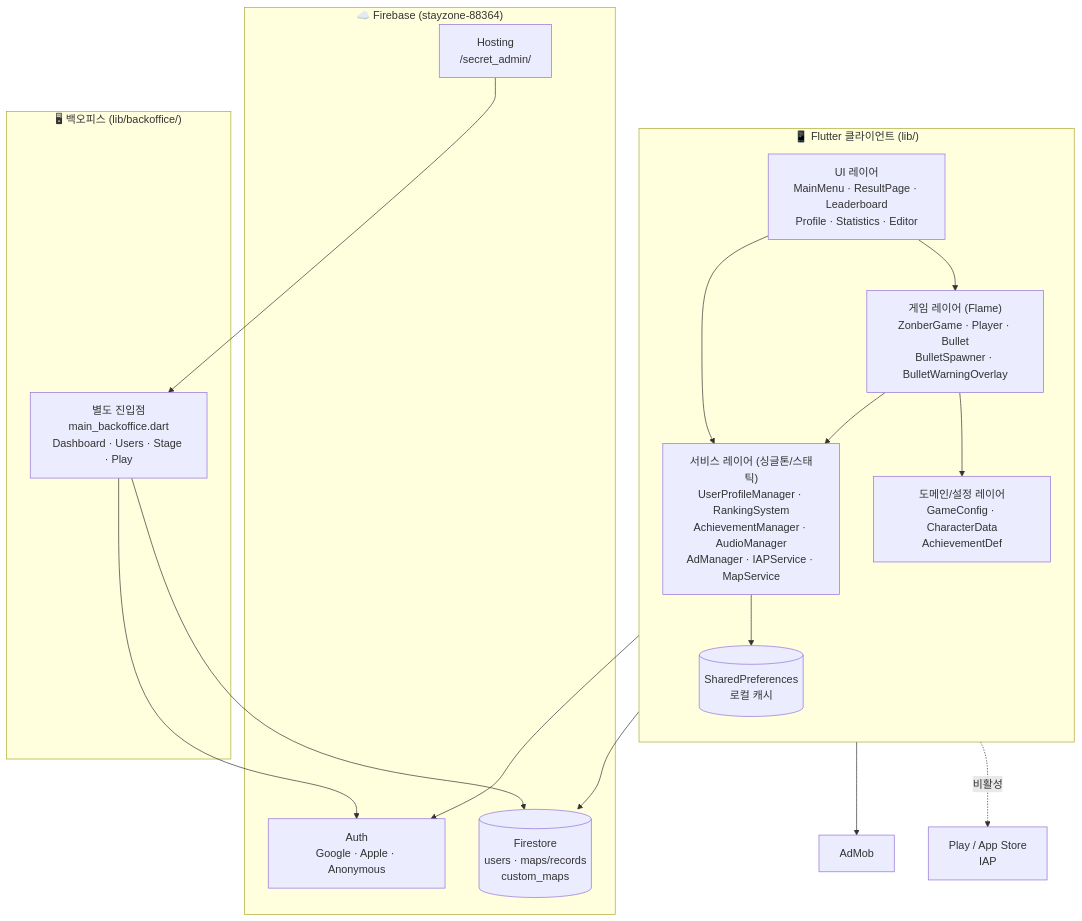
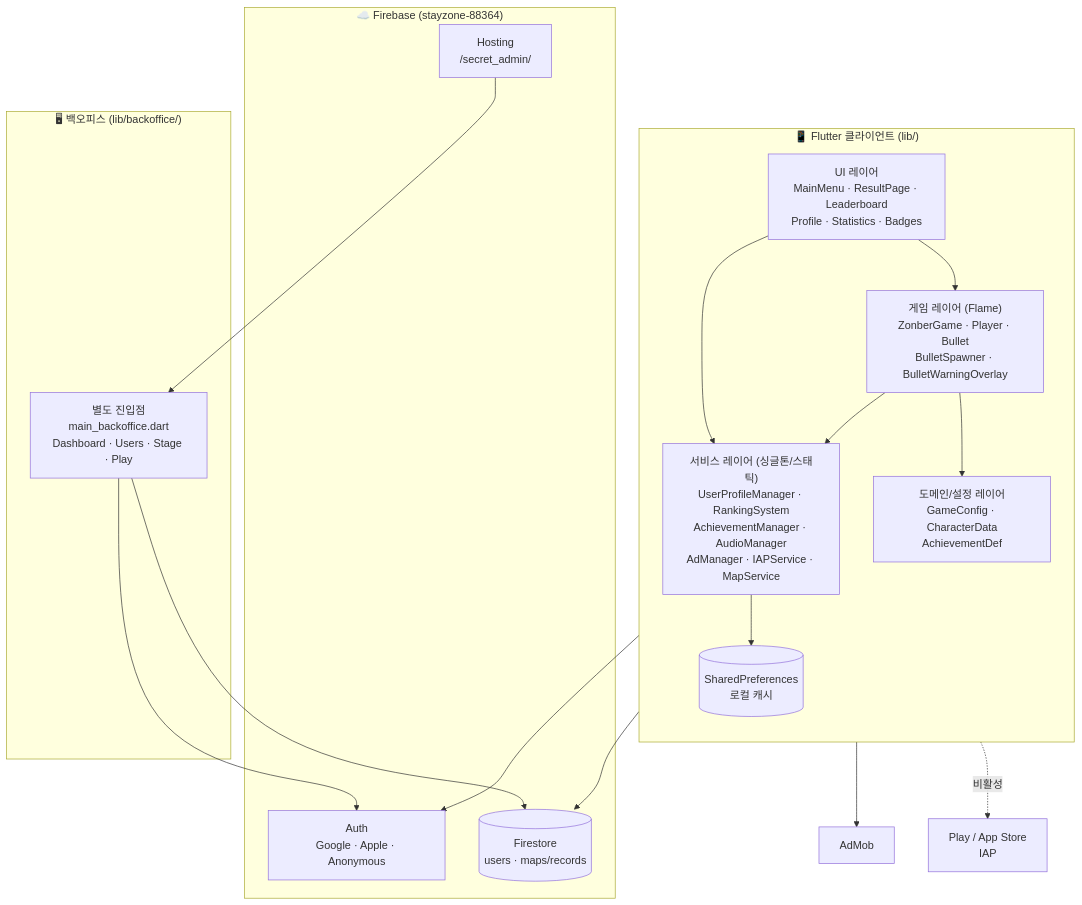
The first of 3 diagrams in ARCHITECTURE.md (herokt/zonber), drawn with Mermaid before and after one commit. The commit also changed other lines of this file and 215 other files, not shown here.

````diff
--- a/ARCHITECTURE.md
+++ b/ARCHITECTURE.md
@@ -48,37 +48,37 @@
 ```mermaid
 graph TB
     subgraph Client["📱 Flutter 클라이언트 (lib/)"]
         direction TB
-        UI["UI 레이어<br/>MainMenu · ResultPage · Leaderboard<br/>Profile · Statistics · Editor"]
+        UI["UI 레이어<br/>MainMenu · ResultPage · Leaderboard<br/>Profile · Statistics · Badges"]
         GAME["게임 레이어 (Flame)<br/>ZonberGame · Player · Bullet<br/>BulletSpawner · BulletWarningOverlay"]
         DOMAIN["도메인/설정 레이어<br/>GameConfig · CharacterData<br/>AchievementDef"]
         SVC["서비스 레이어 (싱글톤/스태틱)<br/>UserProfileManager · RankingSystem<br/>AchievementManager · AudioManager<br/>AdManager · IAPService · MapService"]
         LOCAL[("SharedPreferences<br/>로컬 캐시")]
     end
 
     subgraph BO["🖥 백오피스 (lib/backoffice/)"]
         BOAPP["별도 진입점<br/>main_backoffice.dart<br/>Dashboard · Users · Stage · Play"]
     end
 
     subgraph FB["☁️ Firebase (stayzone-88364)"]
         AUTH["Auth<br/>Google · Apple · Anonymous"]
-        FS[("Firestore<br/>users · maps/records<br/>custom_maps")]
+        FS[("Firestore<br/>users · maps/records")]
         HOST["Hosting<br/>/secret_admin/"]
     end
 
     ADMOB["AdMob"]
     STORE["Play / App Store<br/>IAP"]
 
     UI --> GAME
     UI --> SVC
     GAME --> DOMAIN
     GAME --> SVC
     SVC --> LOCAL
     SVC --> AUTH
     SVC --> FS
     SVC --> ADMOB
     SVC -.비활성.-> STORE
     BOAPP --> FS
     BOAPP --> AUTH
     HOST --> BOAPP
 ```
````
